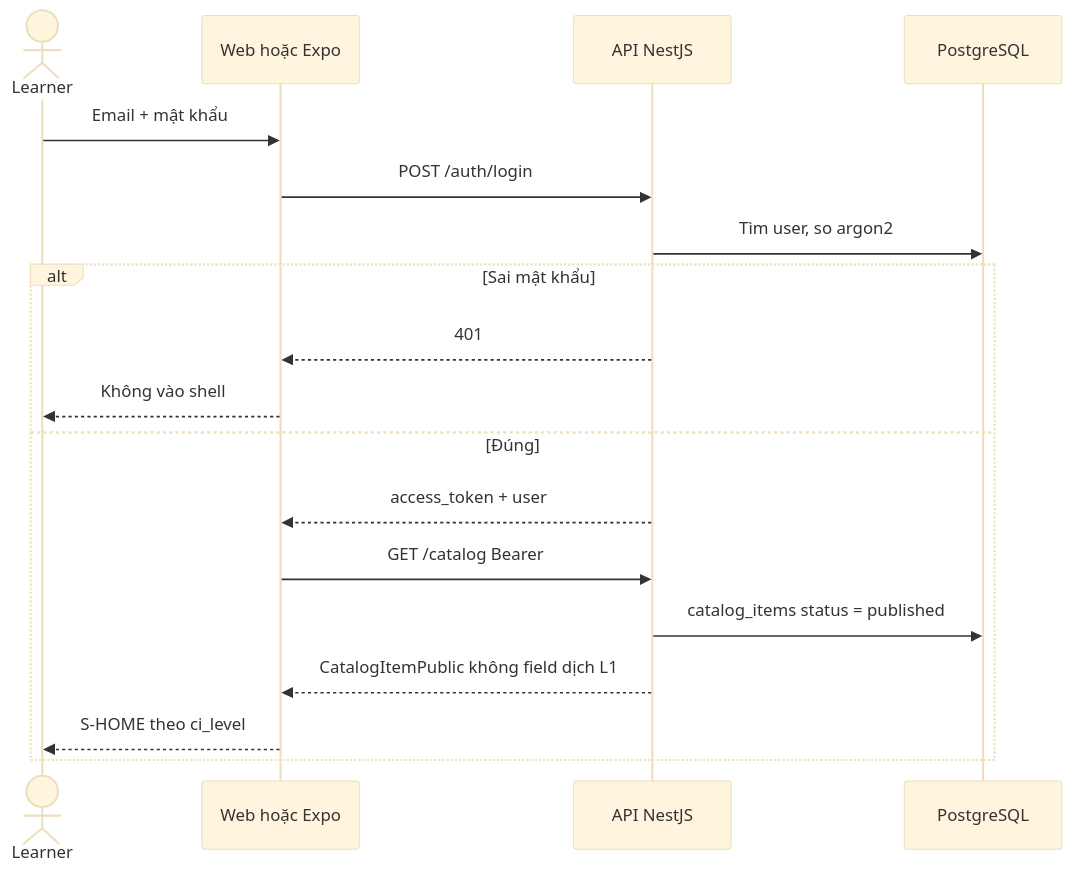
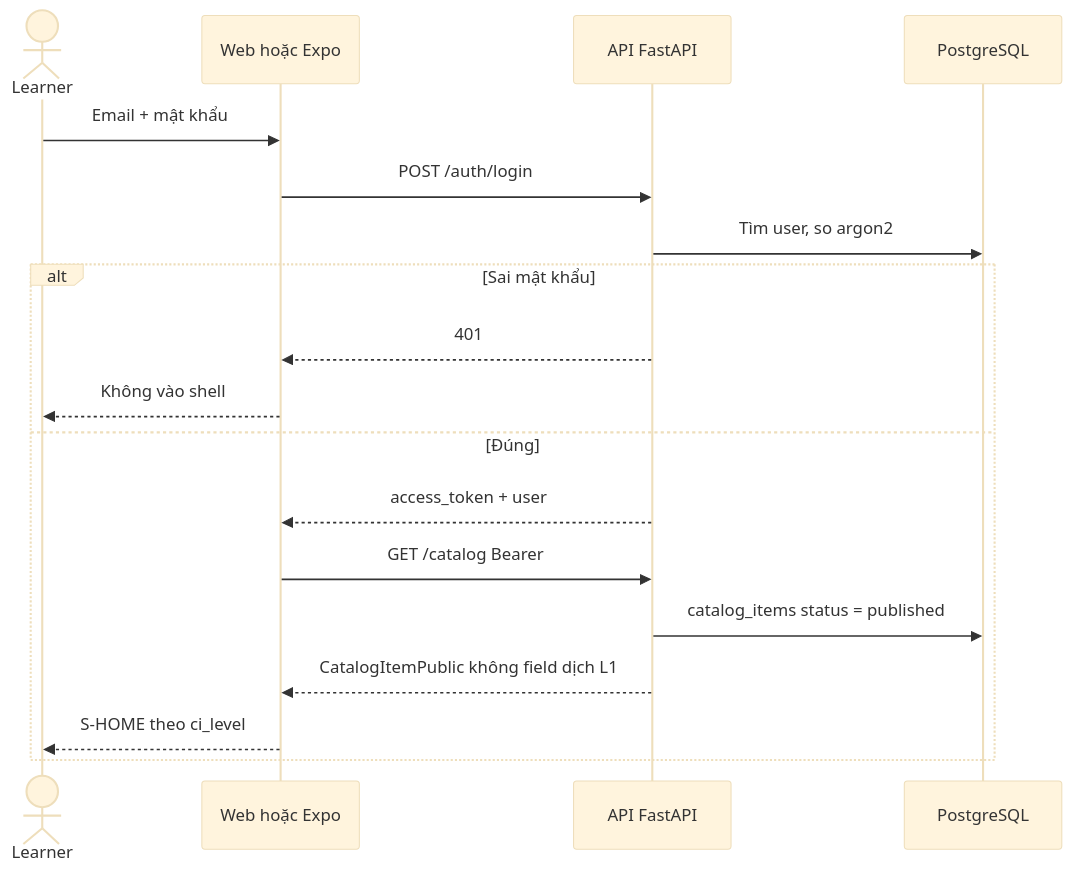
One commit to quyendolearndata/JPLearn changed the fourth of 8 diagrams in docs/sad/03-design/diagrams.md. Above: the diagram before and after it, drawn with Mermaid (base theme). The commit also changed other lines of this file and 167 other files, not shown here.

Commit message:
chore(api): checkpoint FastAPI replatform baseline

````diff
--- a/docs/sad/03-design/diagrams.md
+++ b/docs/sad/03-design/diagrams.md
@@ -65,21 +65,21 @@
 ```mermaid
 sequenceDiagram
   actor U as Learner
   participant C as Web hoặc Expo
-  participant A as API NestJS
+  participant A as API FastAPI
   participant D as PostgreSQL
 
   U->>C: Email + mật khẩu
   C->>A: POST /auth/login
   A->>D: Tìm user, so argon2
   alt Sai mật khẩu
     A-->>C: 401
     C-->>U: Không vào shell
   else Đúng
     A-->>C: access_token + user
     C->>A: GET /catalog Bearer
     A->>D: catalog_items status = published
     A-->>C: CatalogItemPublic không field dịch L1
     C-->>U: S-HOME theo ci_level
   end
 ```
````
